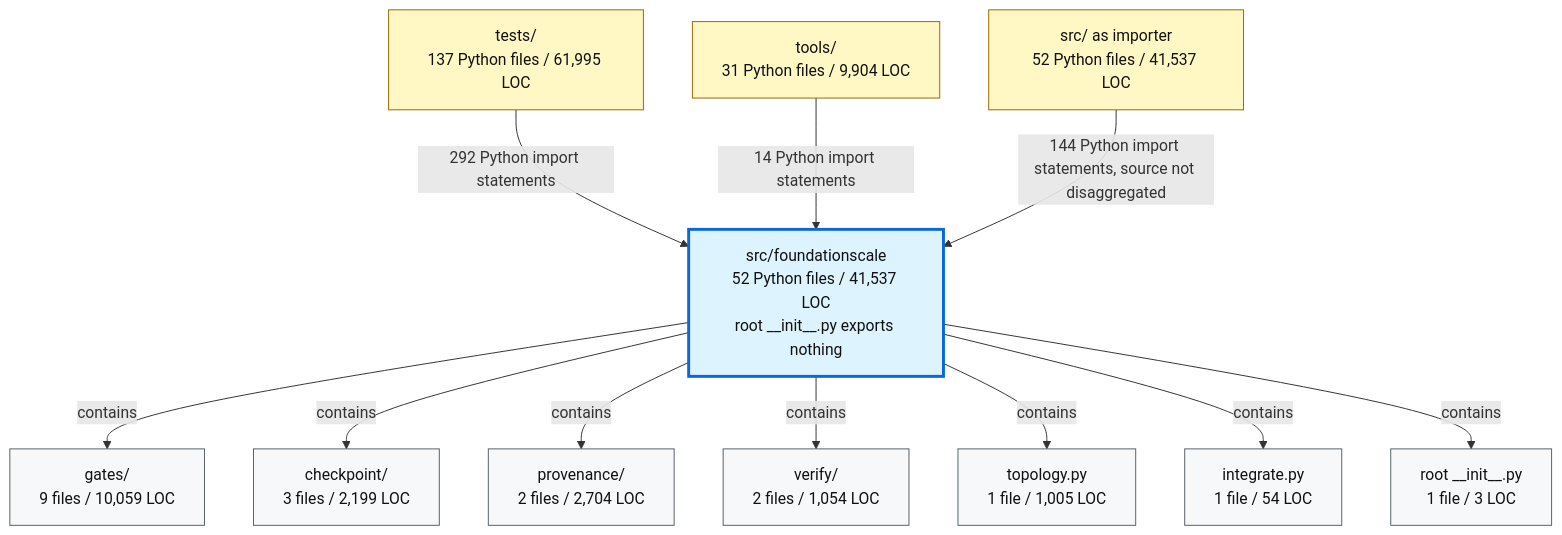
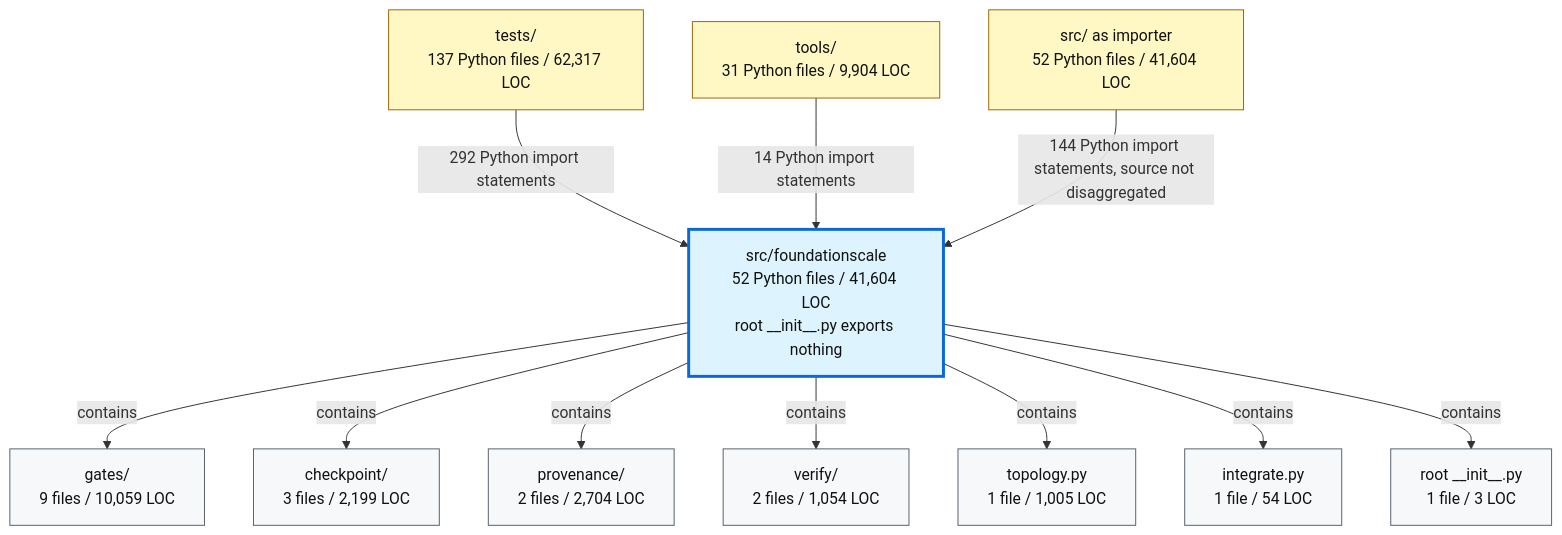
The second of 2 diagrams in docs/review/D2_current_architecture.md (TranNhiem/FoundationScale), drawn with Mermaid before and after one commit. The commit also changed other lines of this file and 12 other files, not shown here.

````diff
--- a/docs/review/D2_current_architecture.md
+++ b/docs/review/D2_current_architecture.md
@@ -97,36 +97,36 @@
 ```mermaid
 flowchart TB
-  TESTS["tests/<br/>137 Python files / 61,995 LOC"]
+  TESTS["tests/<br/>137 Python files / 62,317 LOC"]
   TOOLS["tools/<br/>31 Python files / 9,904 LOC"]
-  SRC["src/ as importer<br/>52 Python files / 41,537 LOC"]
+  SRC["src/ as importer<br/>52 Python files / 41,604 LOC"]
 
-  FS["src/foundationscale<br/>52 Python files / 41,537 LOC<br/>root __init__.py exports nothing"]
+  FS["src/foundationscale<br/>52 Python files / 41,604 LOC<br/>root __init__.py exports nothing"]
 
   GATES["gates/<br/>9 files / 10,059 LOC"]
   CKPT["checkpoint/<br/>3 files / 2,199 LOC"]
   PROV["provenance/<br/>2 files / 2,704 LOC"]
   VERIFY["verify/<br/>2 files / 1,054 LOC"]
   TOPO["topology.py<br/>1 file / 1,005 LOC"]
   INTEG["integrate.py<br/>1 file / 54 LOC"]
   ROOT["root __init__.py<br/>1 file / 3 LOC"]
 
   TESTS -->|"292 Python import statements"| FS
   TOOLS -->|"14 Python import statements"| FS
   SRC -->|"144 Python import statements, source not disaggregated"| FS
 
   FS -->|"contains"| GATES
   FS -->|"contains"| CKPT
   FS -->|"contains"| PROV
   FS -->|"contains"| VERIFY
   FS -->|"contains"| TOPO
   FS -->|"contains"| INTEG
   FS -->|"contains"| ROOT
 
   classDef consumer fill:#fff8c5,stroke:#9a6700,color:#111;
   classDef package fill:#ddf4ff,stroke:#0969da,stroke-width:3px,color:#111;
   classDef module fill:#f6f8fa,stroke:#57606a,color:#111;
 
   class TESTS,TOOLS,SRC consumer;
   class FS package;
   class GATES,CKPT,PROV,VERIFY,TOPO,INTEG,ROOT module;
 ```
````
